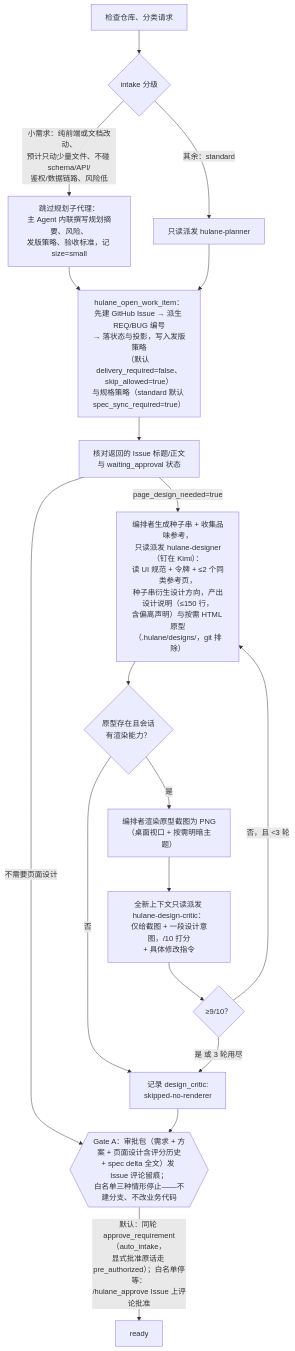
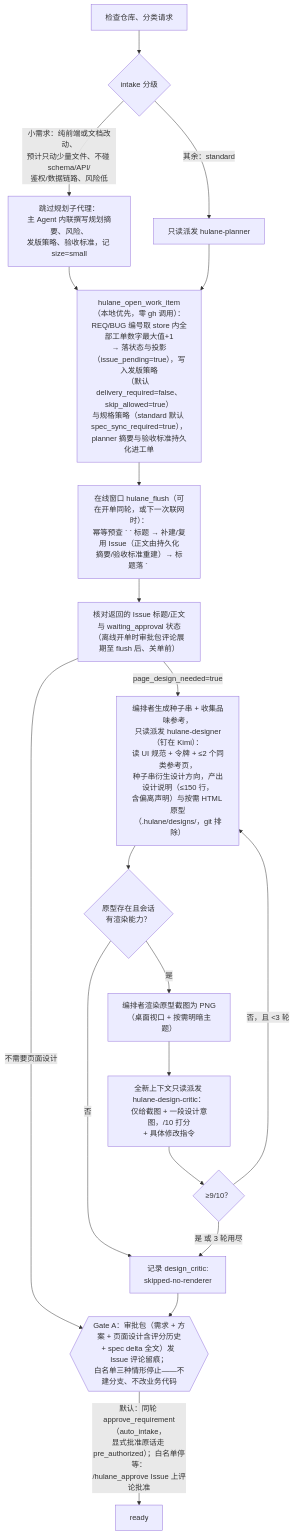
One commit to hutong236/hutong-zcode-marketplace changed the second of 10 diagrams in FLOWCHARTS.md. Above: the diagram before and after it, drawn with Mermaid. The commit also changed other lines of this file and 30 other files, not shown here.

First line of the commit message:
feat(hulane): 离线韧性——本地优先开单、sync 降级与 flush 上线 (REQ-11) (#12)

````diff
--- a/FLOWCHARTS.md
+++ b/FLOWCHARTS.md
@@ -40,20 +40,21 @@
 ```mermaid
 flowchart TD
   CL["检查仓库、分类请求"] --> SZ{"intake 分级"}
   SZ -->|"小需求：纯前端或文档改动、<br>预计只动少量文件、不碰 schema/API/<br>鉴权/数据链路、风险低"| SM["跳过规划子代理：<br>主 Agent 内联撰写规划摘要、风险、<br>发版策略、验收标准，记 size=small"]
   SZ -->|"其余：standard"| PLN["只读派发 hulane-planner"]
-  SM --> OWI["hulane_open_work_item：<br>先建 GitHub Issue → 派生 REQ/BUG 编号<br>→ 落状态与投影，写入发版策略<br>（默认 delivery_required=false、skip_allowed=true）<br>与规格策略（standard 默认 spec_sync_required=true）"]
+  SM --> OWI["hulane_open_work_item（本地优先，零 gh 调用）：<br>REQ/BUG 编号取 store 内全部工单数字最大值+1<br>→ 落状态与投影（issue_pending=true），写入发版策略<br>（默认 delivery_required=false、skip_allowed=true）<br>与规格策略（standard 默认 spec_sync_required=true），<br>planner 摘要与验收标准持久化进工单"]
   PLN --> OWI
-  OWI --> V["核对返回的 Issue 标题/正文<br>与 waiting_approval 状态"]
+  OWI --> FL["在线窗口 hulane_flush（可在开单同轮，或下一次联网时）：<br>幂等预查 `<ID> ` 标题 → 补建/复用 Issue（正文由持久化<br>摘要/验收标准重建）→ 标题落 `<ID> <title>`<br>→ issue_created 回填 → 最终状态一次同步；<br>pending 期间每次 sync 降级 skipped=issue_pending"]
+  FL --> V["核对返回的 Issue 标题/正文<br>与 waiting_approval 状态<br>（离线开单时审批包评论展期至 flush 后、关单前）"]
   V -->|"page_design_needed=true"| DSN["编排者生成种子串 + 收集品味参考，<br>只读派发 hulane-designer（钉在 Kimi）：<br>读 UI 规范 + 令牌 + ≤2 个同类参考页，<br>种子串衍生设计方向，产出设计说明（≤150 行，<br>含偏离声明）与按需 HTML 原型<br>（.hulane/designs/，git 排除）"]
   V -->|"不需要页面设计"| GA
   DSN --> CRT{"原型存在且会话<br>有渲染能力？"}
   CRT -->|否| NT["记录 design_critic:<br>skipped-no-renderer"]
   CRT -->|是| SHOT["编排者渲染原型截图为 PNG<br>（桌面视口 + 按需明暗主题）"]
   SHOT --> CR["全新上下文只读派发 hulane-design-critic：<br>仅给截图 + 一段设计意图，/10 打分<br>+ 具体修改指令"]
   CR --> SC{"≥9/10？"}
   SC -->|否，且 <3 轮| DSN
   SC -->|是 或 3 轮用尽| NT
   NT --> GA{{"Gate A：审批包（需求 + 方案 + 页面设计含评分历史<br>+ spec delta 全文）发 Issue 评论留痕；<br>白名单三种情形停止——不建分支、不改业务代码"}}
   GA -->|"默认：同轮 approve_requirement（auto_intake，<br>显式批准原话走 pre_authorized）；白名单停等：<br>/hulane_approve Issue 上评论批准"| RDY["ready"]
 ```
````
